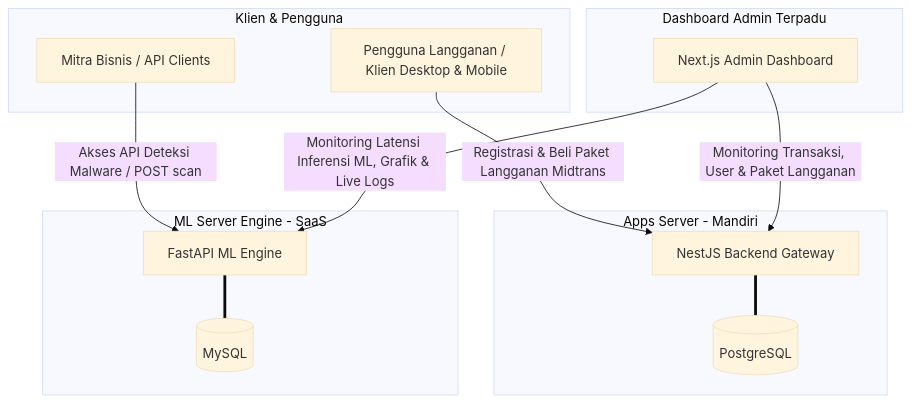
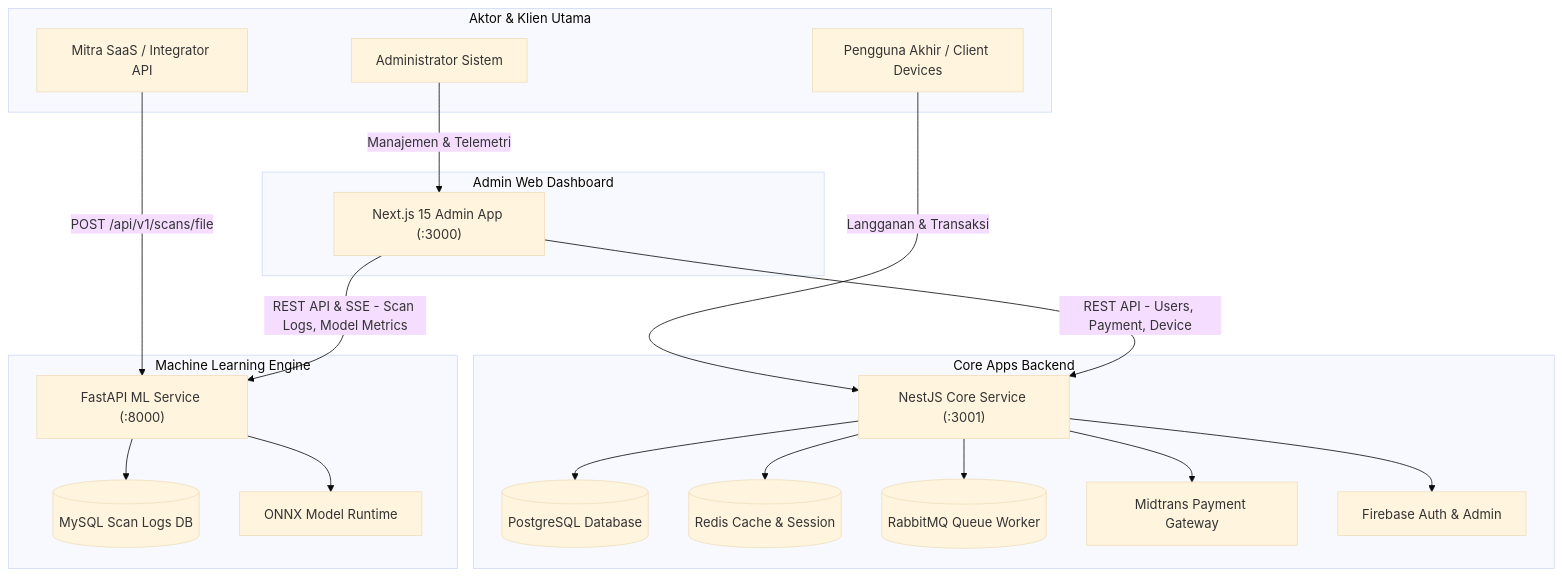
One commit to fahdaja/mangodefend changed the diagram in README.md. Above: the diagram before and after it, drawn with Mermaid (base theme). The commit also changed other lines of this file and 2 other files, not shown here.

````diff
--- a/README.md
+++ b/README.md
@@ -32,31 +31,45 @@
 ```mermaid
 graph TD
-    subgraph Aktor [Klien & Pengguna]
-        Mitra[Mitra Bisnis / API Clients]
-        User[Pengguna Langganan / Klien Desktop & Mobile]
+    subgraph Klien [Aktor & Klien Utama]
+        Mitra[Mitra SaaS / Integrator API]
+        UserApp[Pengguna Akhir / Client Devices]
+        AdminUser[Administrator Sistem]
     end
 
-    subgraph Portal_Dashboard [Dashboard Admin Terpadu]
-        UI[Next.js Admin Dashboard]
+    subgraph Admin_Dashboard [Admin Web Dashboard]
+        AdminApp["Next.js 15 Admin App (:3000)"]
     end
 
-    subgraph Backend_Apps [Apps Server - Mandiri]
-        Nest[NestJS Backend Gateway]
-        Postgres[(PostgreSQL)]
-        Nest === Postgres
+    subgraph Core_Backend [Core Apps Backend]
+        NestServer["NestJS Core Service (:3001)"]
+        Postgres[(PostgreSQL Database)]
+        Redis[(Redis Cache & Session)]
+        RabbitMQ[(RabbitMQ Queue Worker)]
+        Midtrans[Midtrans Payment Gateway]
+        Firebase[Firebase Auth & Admin]
+
+        NestServer --> Postgres
+        NestServer --> Redis
+        NestServer --> RabbitMQ
+        NestServer --> Midtrans
+        NestServer --> Firebase
     end
 
-    subgraph Backend_ML [ML Server Engine - SaaS]
-        FastAPI[FastAPI ML Engine]
-        MySQL[(MySQL)]
-        FastAPI === MySQL
+    subgraph ML_Engine [Machine Learning Engine]
+        FastAPIServer["FastAPI ML Service (:8000)"]
+        MySQL[(MySQL Scan Logs DB)]
+        ONNXEngine[ONNX Model Runtime]
+
+        FastAPIServer --> MySQL
+        FastAPIServer --> ONNXEngine
     end
 
-    %% Alur Kerja Pengguna
-    Mitra -->|Akses API Deteksi Malware / POST scan| FastAPI
-    User -->|Registrasi & Beli Paket Langganan Midtrans| Nest
+    %% Client Interactions
+    Mitra -->|POST /api/v1/scans/file| FastAPIServer
+    UserApp -->|Langganan & Transaksi| NestServer
+    AdminUser -->|Manajemen & Telemetri| AdminApp
 
-    %% Alur Kerja Monitoring Terpadu
-    UI -->|Monitoring Transaksi, User & Paket Langganan| Nest
-    UI -->|Monitoring Latensi Inferensi ML, Grafik & Live Logs| FastAPI
+    %% Internal Monitoring Connections
+    AdminApp -->|REST API - Users, Payment, Device| NestServer
+    AdminApp -->|REST API & SSE - Scan Logs, Model Metrics| FastAPIServer
 ```
````
